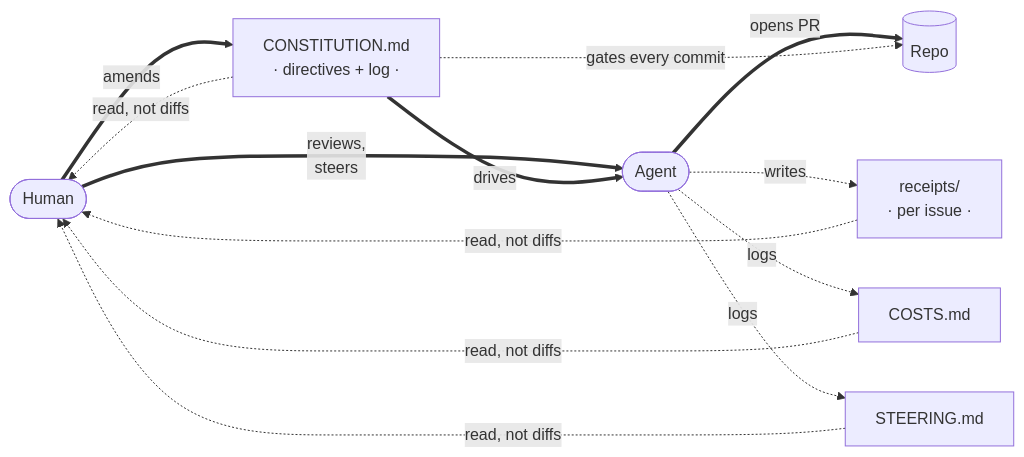
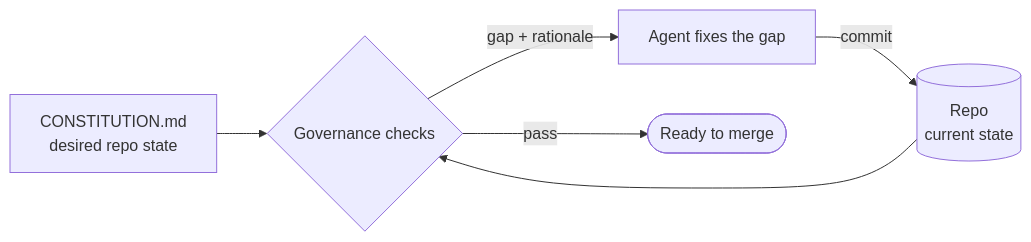
The first of 2 diagrams in README.md (Duaility/governance-kit), drawn with Mermaid before and after one commit. The commit also changed other lines of this file and 1 other file, not shown here.

Commit message:
docs(readme): describe repo-state reconciliation (#84)
governance: allow-commit-issue-receipt-match README copy-only update; no issue receipt exists for this docs refinement.

Agent: codex

Issue: #84

Session: 019dd375-06b5-7ef2-b51e-c4d19cc8cc70

Token-Input: 216891

Token-Output: 8937

Token-Total: 225828

Cost-Key: codex-019dd375-06b-1777369983

Cost-USD: 0.9648

Steer-Count: 0

Steer-Types: none

Steer-Tiers: none

````diff
--- a/README.md
+++ b/README.md
@@ -22,19 +29,13 @@
 ```mermaid
 flowchart LR
-    H([Human])
-    C[CONSTITUTION.md<br/>· directives + log ·]
-    A([Agent])
-    R[(Repo)]
-    Re[receipts/<br/>· per issue ·]
-    Co[COSTS.md]
-    S[STEERING.md]
+    C[CONSTITUTION.md<br/>desired repo state]
+    G{Governance checks}
+    A[Agent fixes the gap]
+    R[(Repo<br/>current state)]
 
-    H ==>|"amends"| C
-    H ==>|"reviews,<br/>steers"| A
-    C ==>|"drives"| A
-    A ==>|"opens PR"| R
-    A -.->|"writes"| Re
-    A -.->|"logs"| Co & S
-    C -.->|"gates every commit"| R
-    C & Re & Co & S -.->|"read, not diffs"| H
+    C --> G
+    R --> G
+    G -->|"gap + rationale"| A
+    A -->|"commit"| R
+    G -->|"pass"| OK([Ready to merge])
 ```
````
